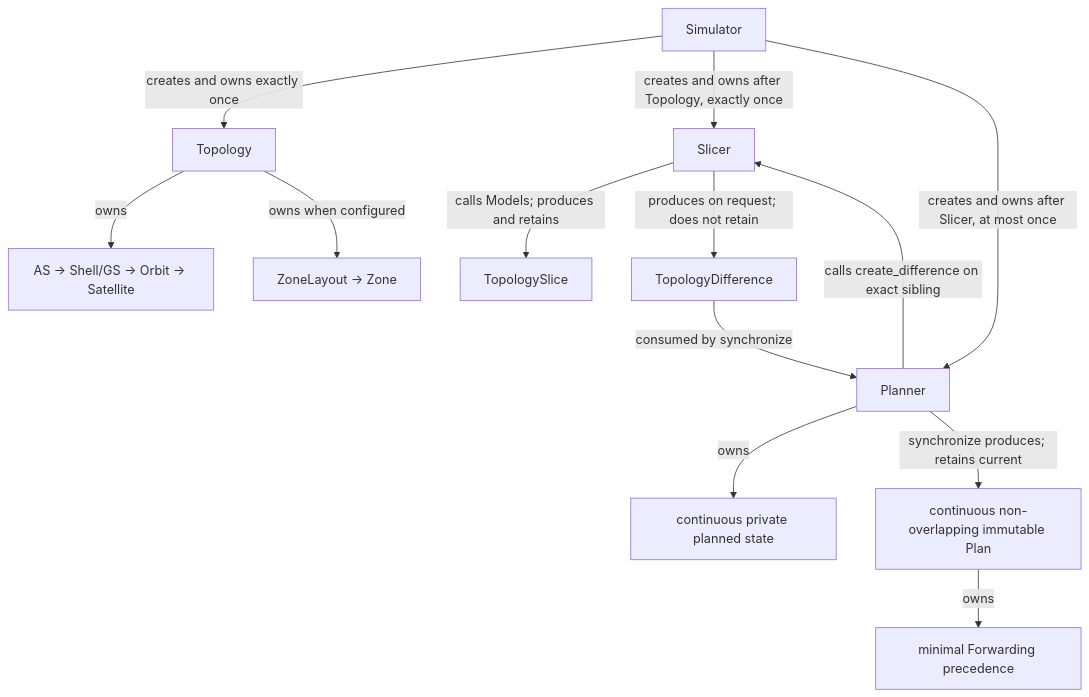
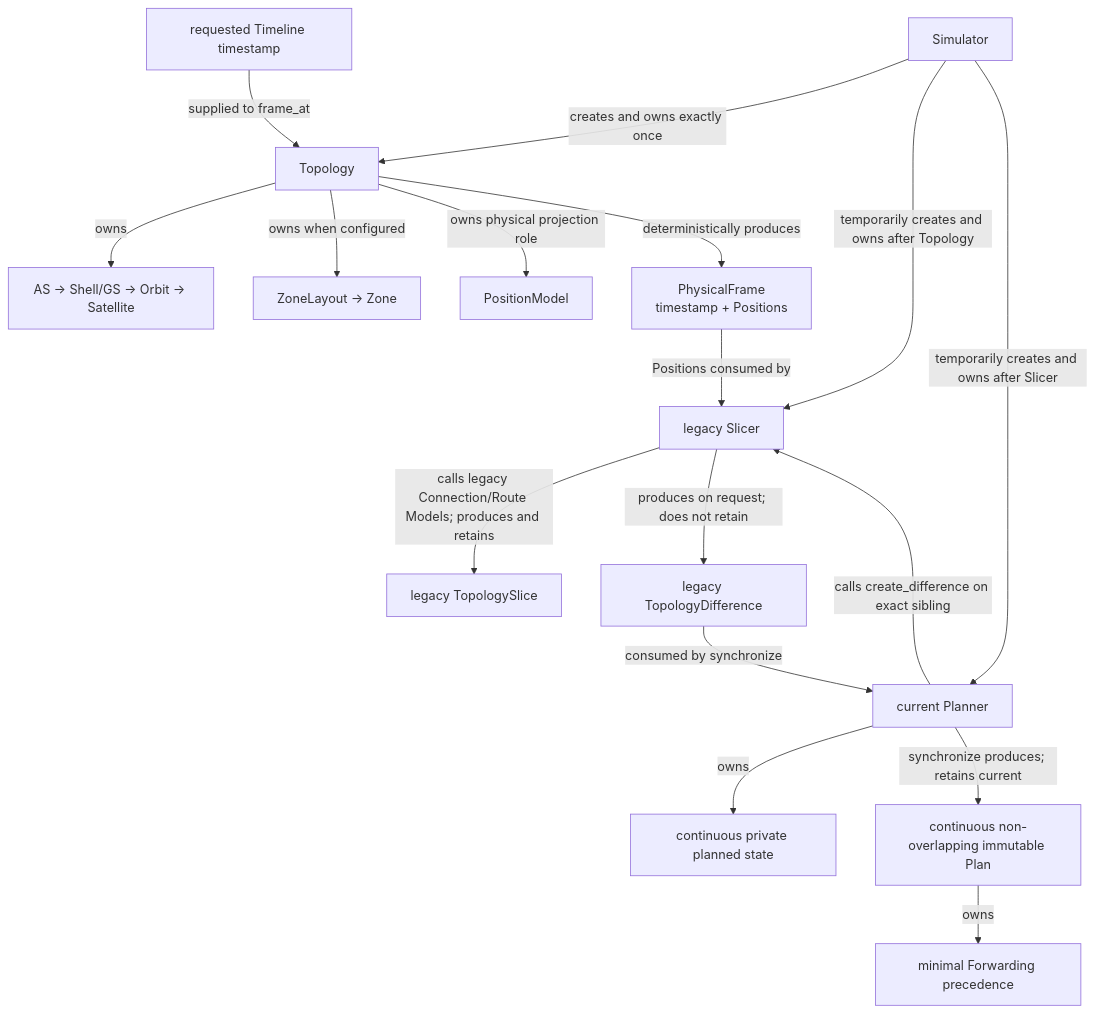
The first of 2 diagrams in skyseed_v2/docs/human-readable/simulator-chain.md (seed-labs/skyseed), drawn with Mermaid before and after one commit. The commit also changed other lines of this file and 94 other files, not shown here.

Commit message:
feat: establish topology physical frame foundation

````diff
--- a/skyseed_v2/docs/human-readable/simulator-chain.md
+++ b/skyseed_v2/docs/human-readable/simulator-chain.md
@@ -8,15 +21,19 @@
 ```mermaid
 flowchart TD
     SIM["Simulator"] -->|creates and owns exactly once| TOP["Topology"]
     TOP -->|owns| OWNER["AS → Shell/GS → Orbit → Satellite"]
     TOP -->|owns when configured| ZL["ZoneLayout → Zone"]
-    SIM -->|creates and owns after Topology, exactly once| SLI["Slicer"]
-    SIM -->|creates and owns after Slicer, at most once| PLA["Planner"]
-    SLI -->|calls Models; produces and retains| TS["TopologySlice"]
+    TOP -->|owns physical projection role| POS["PositionModel"]
+    TIME["requested Timeline timestamp"] -->|supplied to frame_at| TOP
+    TOP -->|deterministically produces| FRAME["PhysicalFrame<br/>timestamp + Positions"]
+    SIM -->|temporarily creates and owns after Topology| SLI["legacy Slicer"]
+    FRAME -->|Positions consumed by| SLI
+    SLI -->|calls legacy Connection/Route Models; produces and retains| TS["legacy TopologySlice"]
+    SIM -->|temporarily creates and owns after Slicer| PLA["current Planner"]
     PLA -->|calls create_difference on exact sibling| SLI
-    SLI -->|produces on request; does not retain| DIFF["TopologyDifference"]
+    SLI -->|produces on request; does not retain| DIFF["legacy TopologyDifference"]
     DIFF -->|consumed by synchronize| PLA
     PLA -->|owns| STATE["continuous private planned state"]
     PLA -->|synchronize produces; retains current| PLAN["continuous non-overlapping immutable Plan"]
     PLAN -->|owns| ORDER["minimal Forwarding precedence"]
 ```
````
